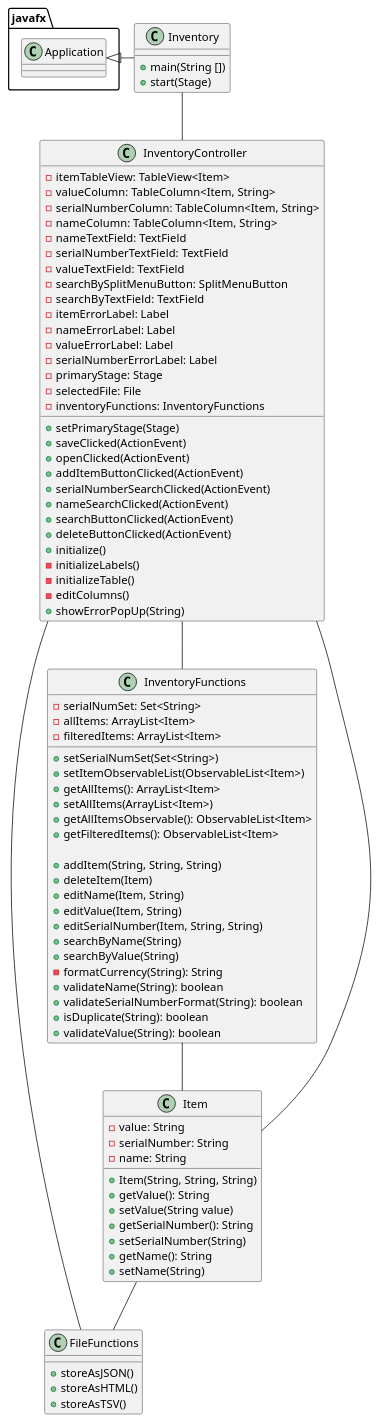
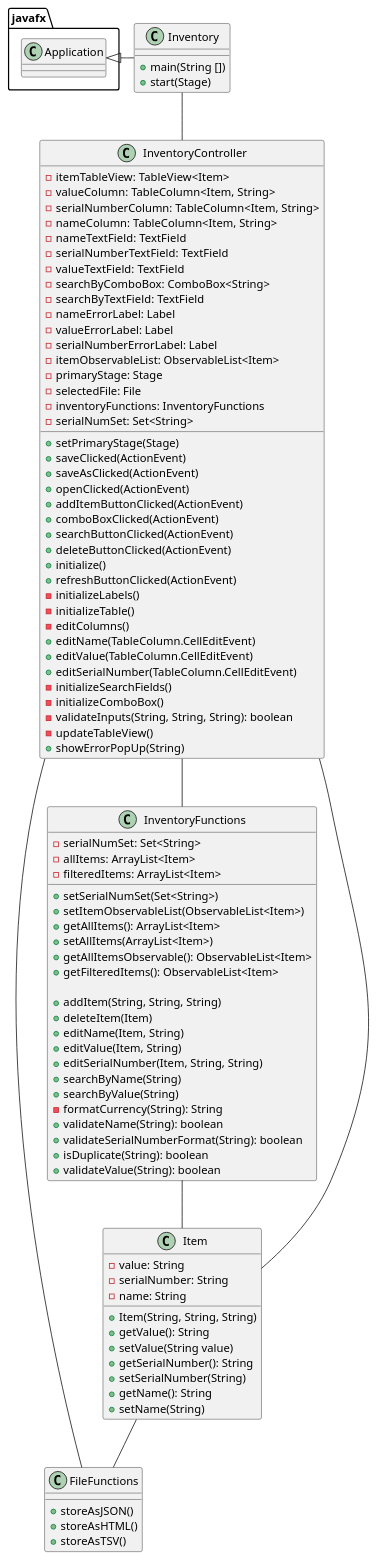
The diagram in uml/InventoryApp.puml (ivy-nguyen18/nguyen-6246-a5), drawn with PlantUML before and after one commit. The commit also changed 2 other files, not shown here.

Commit message:
ignore previous label of commit (it was for InventoryFunctions not Inventory Controller). Uml updated.

```diff
--- a/uml/InventoryApp.puml
+++ b/uml/InventoryApp.puml
@@ -1,98 +1,108 @@
 @startuml
 'https://plantuml.com/class-diagram
 
 class FileFunctions{
     + storeAsJSON()
     + storeAsHTML()
     + storeAsTSV()
 }
 
 class Inventory{
     + main(String [])
     + start(Stage)
 }
 
 class InventoryController{
     - itemTableView: TableView<Item>
     - valueColumn: TableColumn<Item, String>
     - serialNumberColumn: TableColumn<Item, String>
     - nameColumn: TableColumn<Item, String>
     - nameTextField: TextField
     - serialNumberTextField: TextField
     - valueTextField: TextField
-    - searchBySplitMenuButton: SplitMenuButton
+    - searchByComboBox: ComboBox<String>
     - searchByTextField: TextField
-    - itemErrorLabel: Label
     - nameErrorLabel: Label
     - valueErrorLabel: Label
     - serialNumberErrorLabel: Label
+    - itemObservableList: ObservableList<Item>
     - primaryStage: Stage
     - selectedFile: File
     - inventoryFunctions: InventoryFunctions
+    - serialNumSet: Set<String>
+
 
     + setPrimaryStage(Stage)
     + saveClicked(ActionEvent)
+    + saveAsClicked(ActionEvent)
     + openClicked(ActionEvent)
     + addItemButtonClicked(ActionEvent)
-    + serialNumberSearchClicked(ActionEvent)
-    + nameSearchClicked(ActionEvent)
+    + comboBoxClicked(ActionEvent)
     + searchButtonClicked(ActionEvent)
     + deleteButtonClicked(ActionEvent)
     + initialize()
+    + refreshButtonClicked(ActionEvent)
     - initializeLabels()
     - initializeTable()
     - editColumns()
+    + editName(TableColumn.CellEditEvent)
+    + editValue(TableColumn.CellEditEvent)
+    + editSerialNumber(TableColumn.CellEditEvent)
+    - initializeSearchFields()
+    - initializeComboBox()
+    - validateInputs(String, String, String): boolean
+    - updateTableView()
     + showErrorPopUp(String)
 }
 
 class InventoryFunctions{
     - serialNumSet: Set<String>
     - allItems: ArrayList<Item>
     - filteredItems: ArrayList<Item>
 
     + setSerialNumSet(Set<String>)
     + setItemObservableList(ObservableList<Item>)
     + getAllItems(): ArrayList<Item>
     + setAllItems(ArrayList<Item>)
     + getAllItemsObservable(): ObservableList<Item>
     + getFilteredItems(): ObservableList<Item>
 
     + addItem(String, String, String)
     + deleteItem(Item)
     + editName(Item, String)
     + editValue(Item, String)
     + editSerialNumber(Item, String, String)
     + searchByName(String)
     + searchByValue(String)
     - formatCurrency(String): String
     + validateName(String): boolean
     + validateSerialNumberFormat(String): boolean
     + isDuplicate(String): boolean
     + validateValue(String): boolean
 }
 
 class Item{
     - value: String
     - serialNumber: String
     - name: String
 
     + Item(String, String, String)
     + getValue(): String
     + setValue(String value)
     + getSerialNumber(): String
     + setSerialNumber(String)
     + getName(): String
     + setName(String)
 }
 
 javafx.Application <|- Inventory
 Inventory -- InventoryController
 InventoryController -- InventoryFunctions
 InventoryController -- Item
 InventoryFunctions -- Item
 FileFunctions -- InventoryController
 Item -- FileFunctions
 
 
 
 @enduml
```
